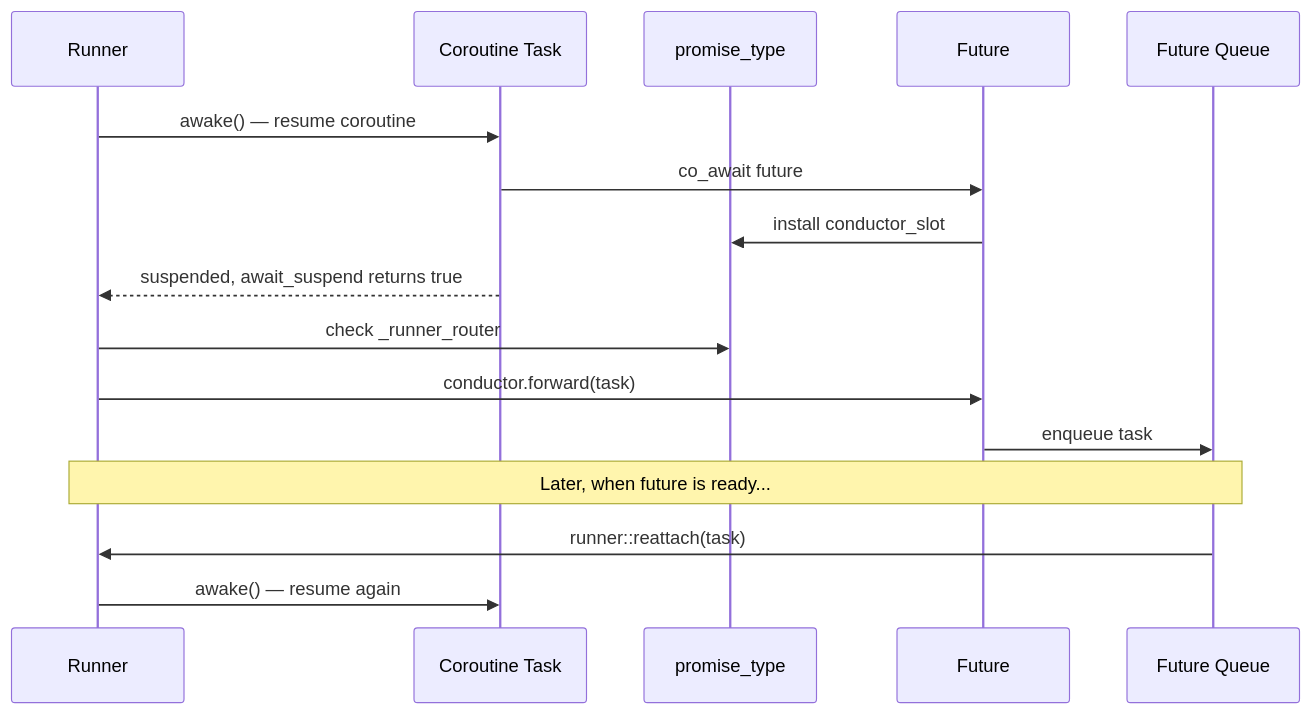
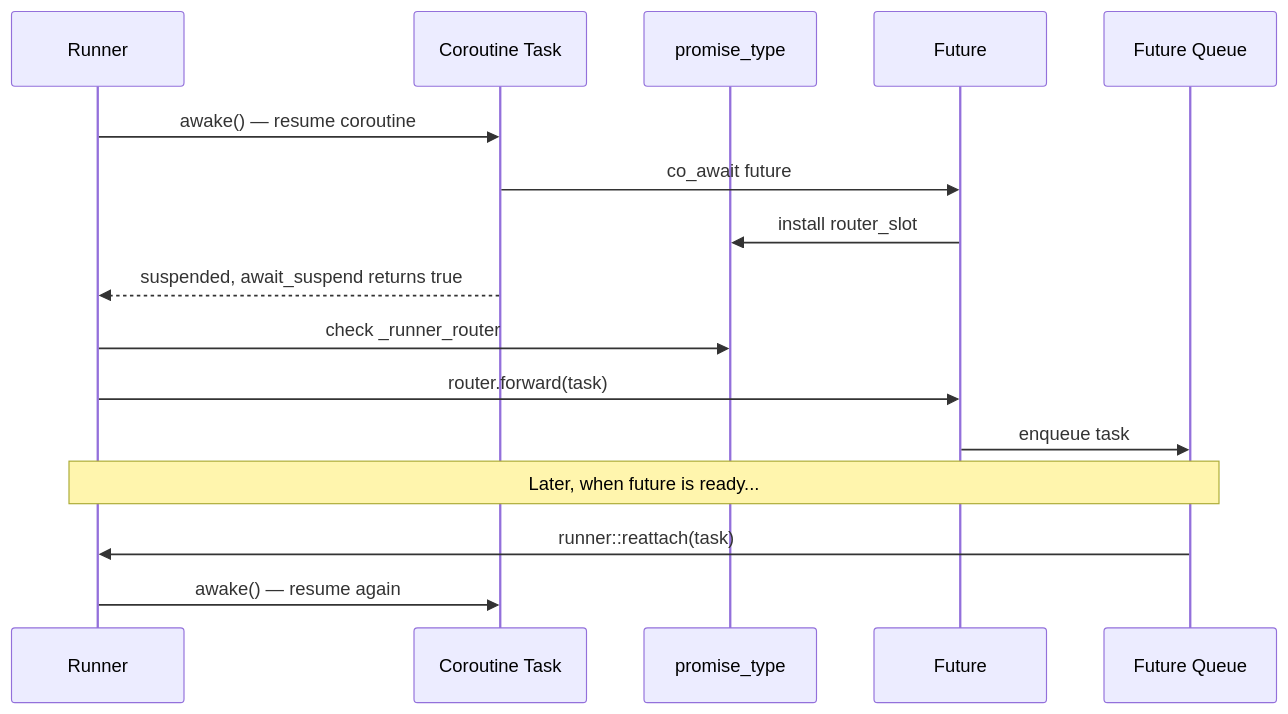
One commit to OnionSpirit/ace changed the fourth of 8 diagrams in README.md. Above: the diagram before and after it, drawn with Mermaid. The commit also changed other lines of this file and 15 other files, not shown here.

````diff
--- a/README.md
+++ b/README.md
@@ -214,19 +214,19 @@
 ```mermaid
 sequenceDiagram
     participant Runner
     participant Task as Coroutine Task
     participant Promise as promise_type
     participant Future
     participant Queue as Future Queue
 
     Runner->>Task: awake() — resume coroutine
     Task->>Future: co_await future
-    Future->>Promise: install conductor_slot
+    Future->>Promise: install router_slot
     Task-->>Runner: suspended, await_suspend returns true
     Runner->>Promise: check _runner_router
-    Runner->>Future: conductor.forward(task)
+    Runner->>Future: router.forward(task)
     Future->>Queue: enqueue task
     Note over Queue,Runner: Later, when future is ready...
     Queue->>Runner: runner::reattach(task)
     Runner->>Task: awake() — resume again
 ```
````
